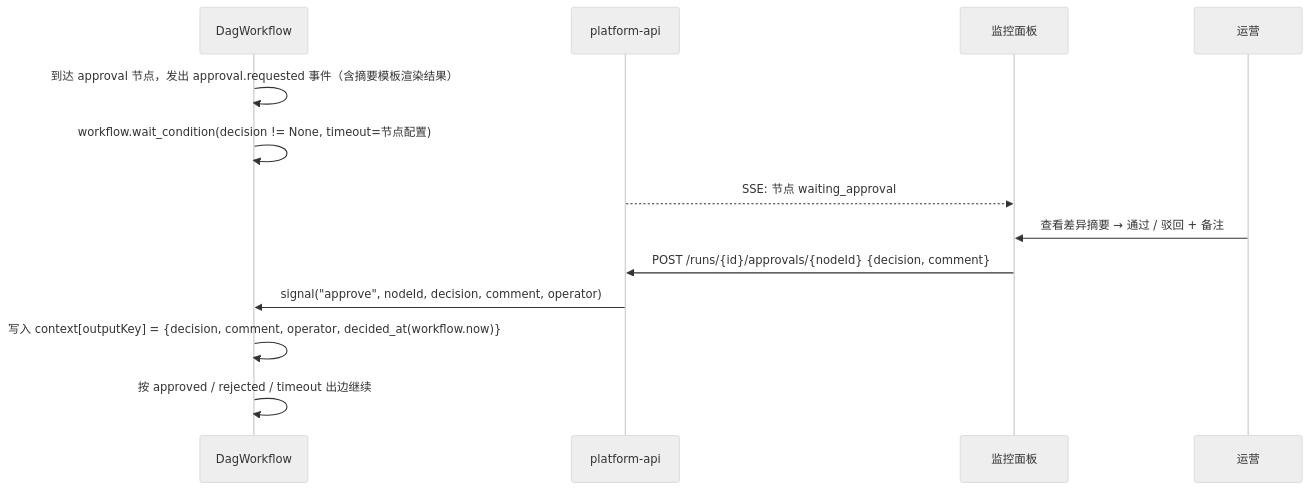
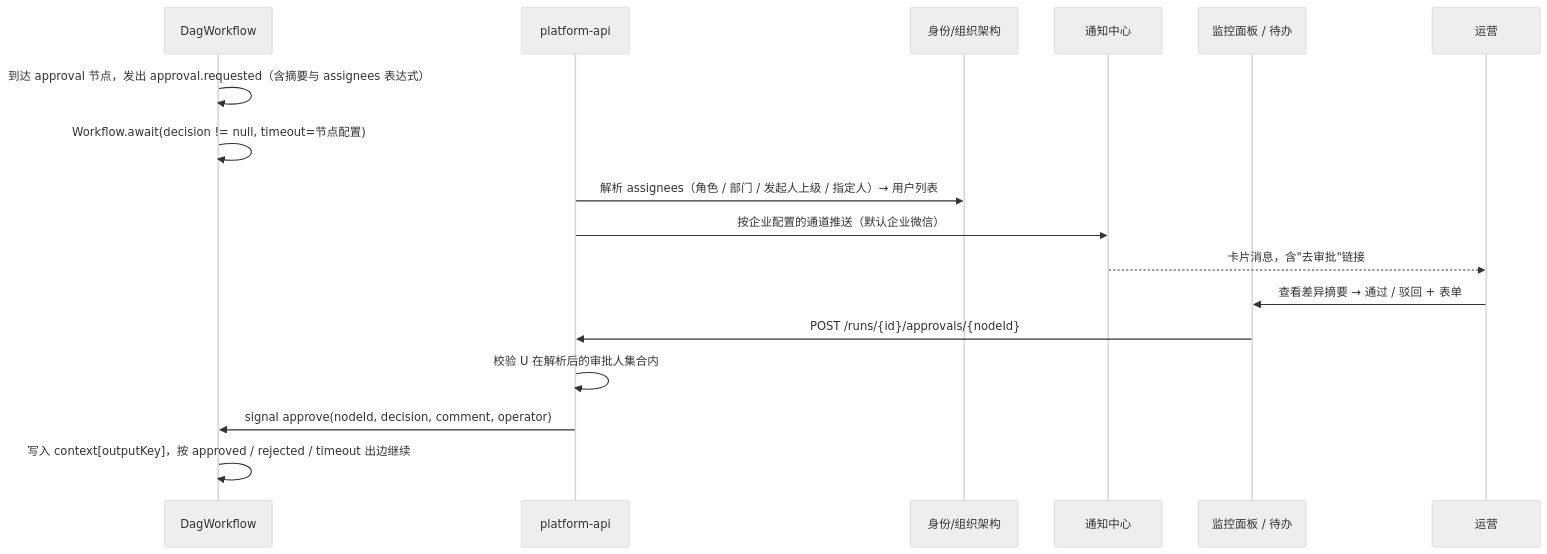
One commit to so6662001/AIFoundationNew changed the third of 3 diagrams in docs/00-总体方案.md. Above: the diagram before and after it, drawn with Mermaid (neutral theme). The commit also changed other lines of this file and 13 other files, not shown here.

````diff
--- a/docs/00-总体方案.md
+++ b/docs/00-总体方案.md
@@ -226,16 +267,20 @@
 ```mermaid
 sequenceDiagram
   participant K as DagWorkflow
   participant A as platform-api
-  participant W as 监控面板
+  participant I as 身份/组织架构
+  participant N as 通知中心
+  participant W as 监控面板 / 待办
   participant U as 运营
 
-  K->>K: 到达 approval 节点，发出 approval.requested 事件（含摘要模板渲染结果）
-  K->>K: workflow.wait_condition(decision != None, timeout=节点配置)
-  A-->>W: SSE: 节点 waiting_approval
-  U->>W: 查看差异摘要 → 通过 / 驳回 + 备注
-  W->>A: POST /runs/{id}/approvals/{nodeId}  {decision, comment}
-  A->>K: signal("approve", nodeId, decision, comment, operator)
-  K->>K: 写入 context[outputKey] = {decision, comment, operator, decided_at(workflow.now)}
-  K->>K: 按 approved / rejected / timeout 出边继续
+  K->>K: 到达 approval 节点，发出 approval.requested（含摘要与 assignees 表达式）
+  K->>K: Workflow.await(decision != null, timeout=节点配置)
+  A->>I: 解析 assignees（角色 / 部门 / 发起人上级 / 指定人）→ 用户列表
+  A->>N: 按企业配置的通道推送（默认企业微信）
+  N-->>U: 卡片消息，含"去审批"链接
+  U->>W: 查看差异摘要 → 通过 / 驳回 + 表单
+  W->>A: POST /runs/{id}/approvals/{nodeId}
+  A->>A: 校验 U 在解析后的审批人集合内
+  A->>K: signal approve(nodeId, decision, comment, operator)
+  K->>K: 写入 context[outputKey]，按 approved / rejected / timeout 出边继续
 ```
````
